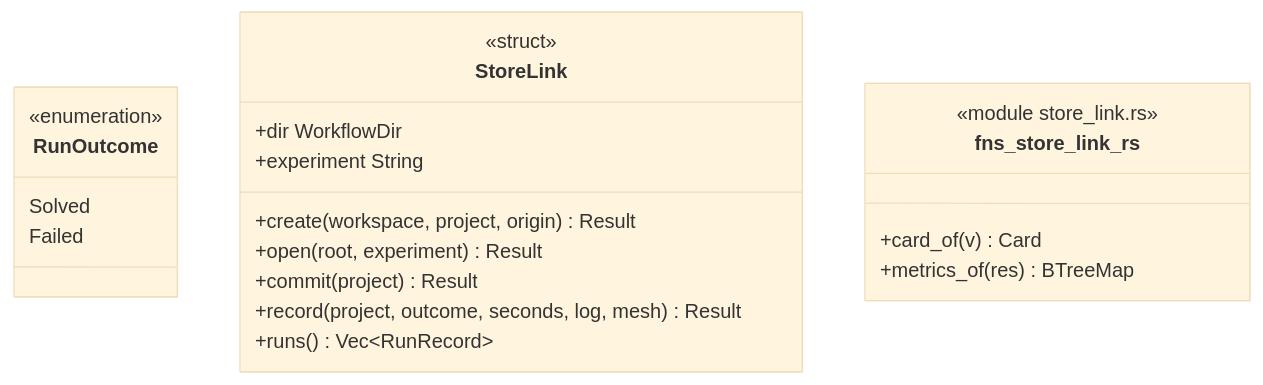
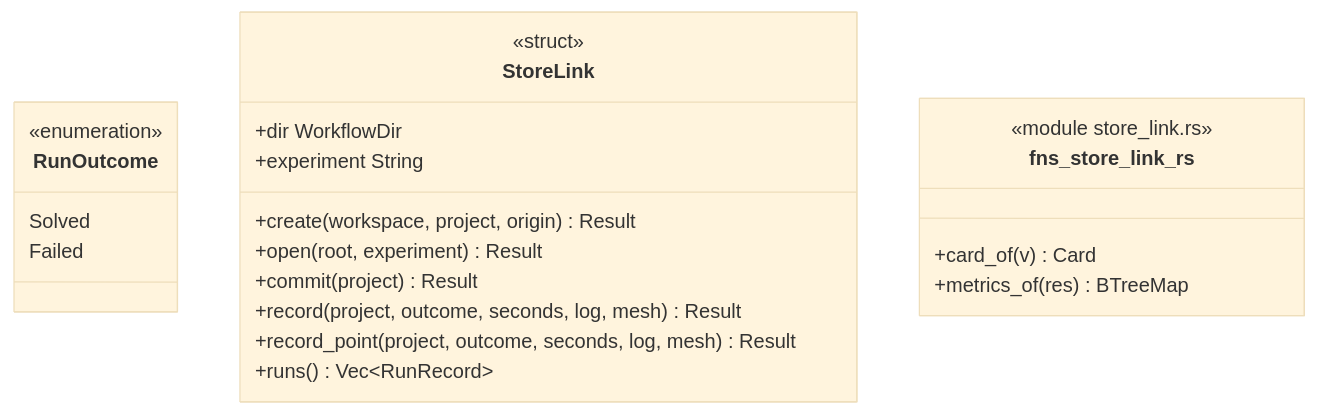
One commit to p-j-r/nyx changed the diagram in docs/architecture/c4/4-code/engine/storeLink.md. Above: the diagram before and after it, drawn with Mermaid (base theme). The commit also changed other lines of this file and 26 other files, not shown here.

````diff
--- a/docs/architecture/c4/4-code/engine/storeLink.md
+++ b/docs/architecture/c4/4-code/engine/storeLink.md
@@ -39,23 +40,24 @@
 ```mermaid
 classDiagram
   class RunOutcome {
       <<enumeration>>
       Solved
       Failed
   }
   class StoreLink {
       <<struct>>
       +dir WorkflowDir
       +experiment String
       +create(workspace, project, origin) Result
       +open(root, experiment) Result
       +commit(project) Result
       +record(project, outcome, seconds, log, mesh) Result
+      +record_point(project, outcome, seconds, log, mesh) Result
       +runs() Vec~RunRecord~
   }
   class fns_store_link_rs {
       <<module store_link.rs>>
       +card_of(v) Card
       +metrics_of(res) BTreeMap
   }
 ```
````
